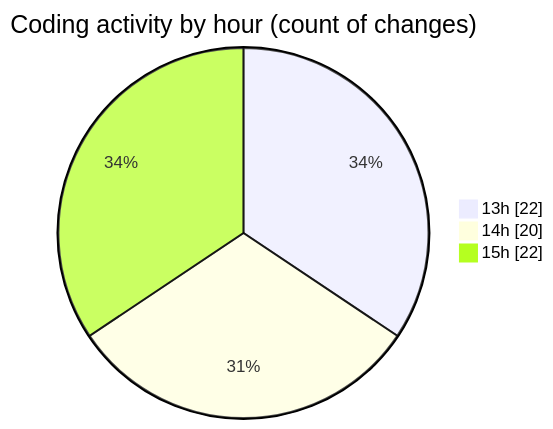
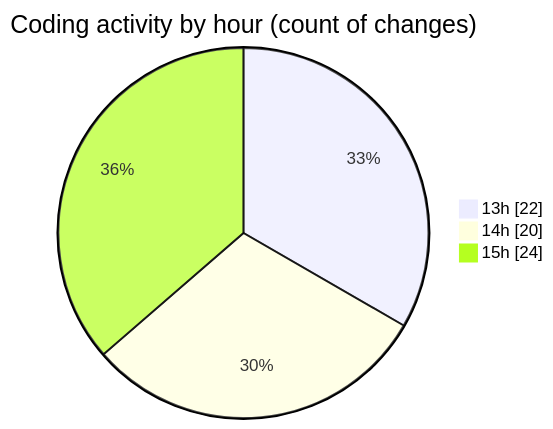
Before and after one commit to donsfak/code-tracking: the second of 2 diagrams in 2025-02-24/drivers_app/README.md, drawn with Mermaid. The commit also changed other lines of this file and 1 other file, not shown here.

````diff
--- a/2025-02-24/drivers_app/README.md
+++ b/2025-02-24/drivers_app/README.md
@@ -39,7 +39,7 @@
 ```mermaid
 pie showData
 title Coding activity by hour (count of changes)
 "13h" : 22
 "14h" : 20
-"15h" : 22
+"15h" : 24
 ```
````
